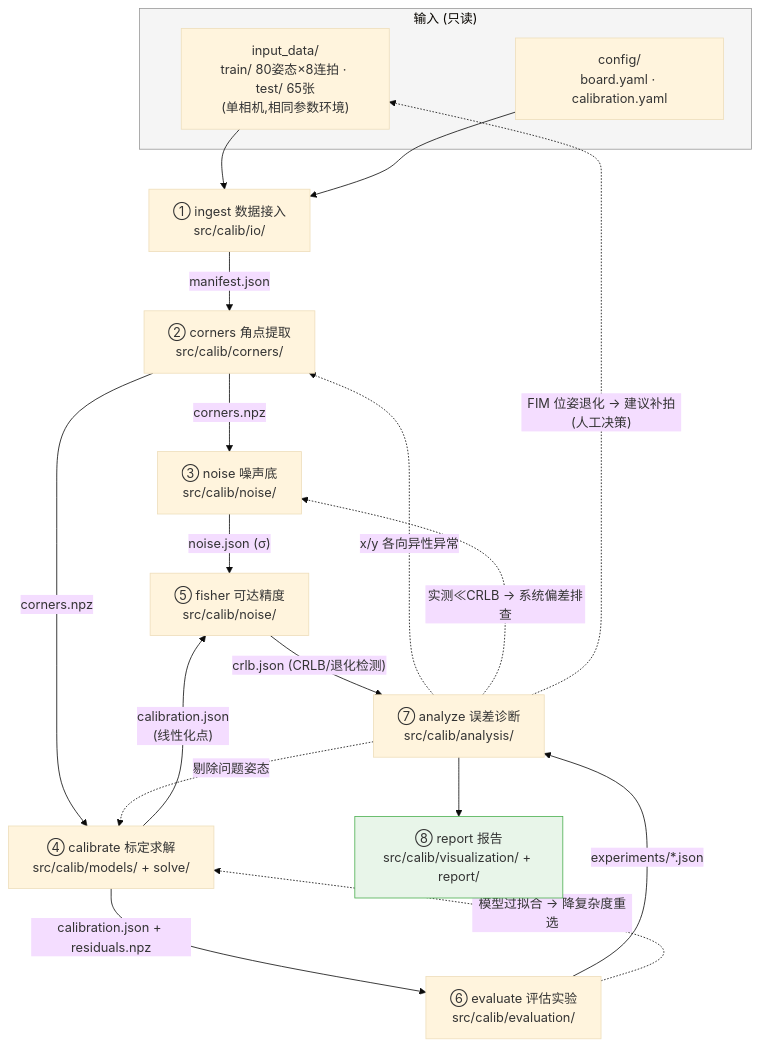
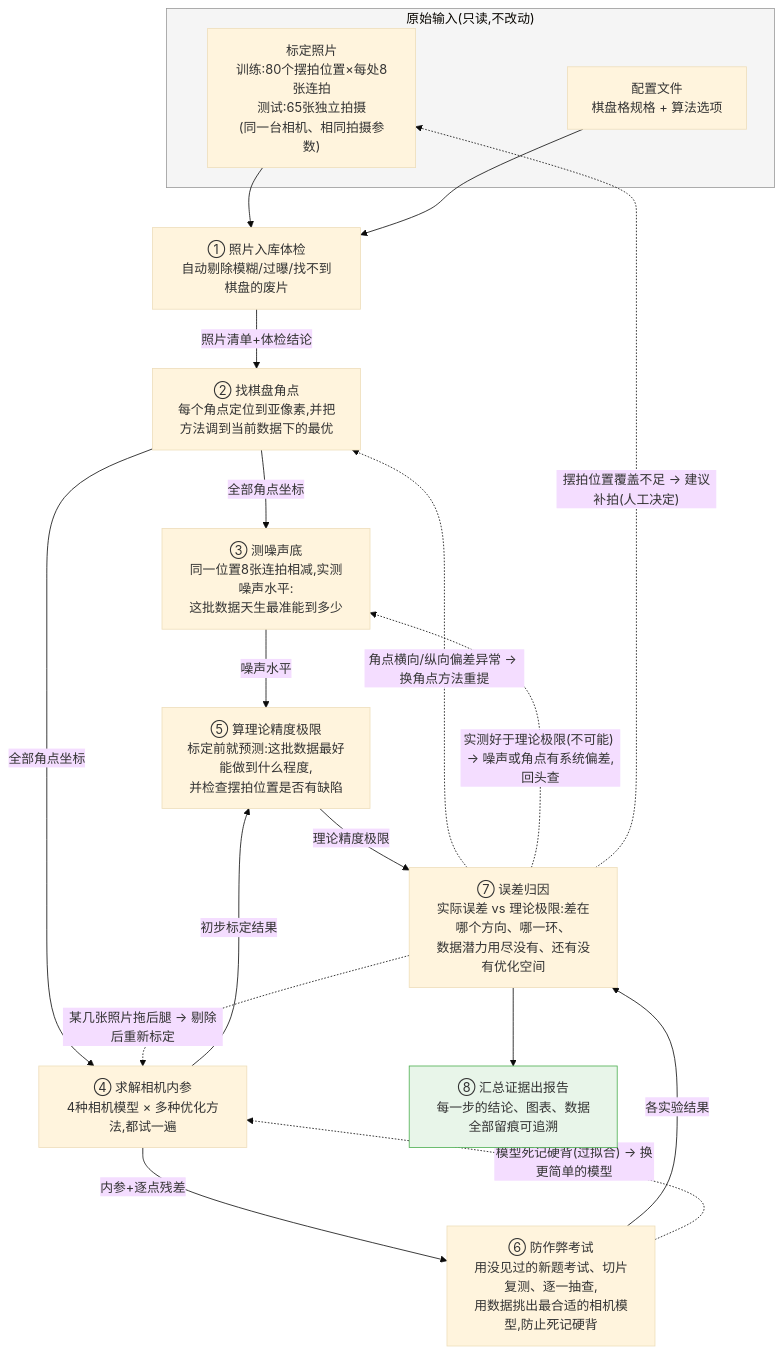
One commit to bayueyaoshao/intrinsic-calibration changed the diagram in docs/pipeline.md. Above: the diagram before and after it, drawn with Mermaid (base theme). The commit also changed other lines of this file, not shown here.

Commit message:
docs: pipeline diagram in plain language

````diff
--- a/docs/pipeline.md
+++ b/docs/pipeline.md
@@ -8,37 +8,37 @@
 ```mermaid
 flowchart TD
-    subgraph IN["输入 (只读)"]
-        DATA["input_data/<br/>train/ 80姿态×8连拍 · test/ 65张<br/>(单相机,相同参数环境)"]
-        CFG["config/<br/>board.yaml · calibration.yaml"]
+    subgraph IN["原始输入(只读,不改动)"]
+        DATA["标定照片<br/>训练:80个摆拍位置×每处8张连拍<br/>测试:65张独立拍摄<br/>(同一台相机、相同拍摄参数)"]
+        CFG["配置文件<br/>棋盘格规格 + 算法选项"]
     end
 
-    ING["① ingest 数据接入<br/>src/calib/io/"]
-    COR["② corners 角点提取<br/>src/calib/corners/"]
-    NOI["③ noise 噪声底<br/>src/calib/noise/"]
-    CAL["④ calibrate 标定求解<br/>src/calib/models/ + solve/"]
-    FSH["⑤ fisher 可达精度<br/>src/calib/noise/"]
-    EVA["⑥ evaluate 评估实验<br/>src/calib/evaluation/"]
-    ANA["⑦ analyze 误差诊断<br/>src/calib/analysis/"]
-    REP["⑧ report 报告<br/>src/calib/visualization/ + report/"]
+    ING["① 照片入库体检<br/>自动剔除模糊/过曝/找不到棋盘的废片"]
+    COR["② 找棋盘角点<br/>每个角点定位到亚像素,并把方法调到当前数据下的最优"]
+    NOI["③ 测噪声底<br/>同一位置8张连拍相减,实测噪声水平:<br/>这批数据天生最准能到多少"]
+    CAL["④ 求解相机内参<br/>4种相机模型 × 多种优化方法,都试一遍"]
+    FSH["⑤ 算理论精度极限<br/>标定前就预测:这批数据最好能做到什么程度,<br/>并检查摆拍位置是否有缺陷"]
+    EVA["⑥ 防作弊考试<br/>用没见过的新题考试、切片复测、逐一抽查,<br/>用数据挑出最合适的相机模型,防止死记硬背"]
+    ANA["⑦ 误差归因<br/>实际误差 vs 理论极限:差在哪个方向、哪一环、<br/>数据潜力用尽没有、还有没有优化空间"]
+    REP["⑧ 汇总证据出报告<br/>每一步的结论、图表、数据全部留痕可追溯"]
 
     DATA --> ING
     CFG --> ING
-    ING -->|"manifest.json"| COR
-    COR -->|"corners.npz"| NOI
-    COR -->|"corners.npz"| CAL
-    NOI -->|"noise.json (σ)"| FSH
-    CAL -->|"calibration.json<br/>(线性化点)"| FSH
-    FSH -->|"crlb.json (CRLB/退化检测)"| ANA
-    CAL -->|"calibration.json + residuals.npz"| EVA
-    EVA -->|"experiments/*.json"| ANA
+    ING -->|"照片清单+体检结论"| COR
+    COR -->|"全部角点坐标"| NOI
+    COR -->|"全部角点坐标"| CAL
+    NOI -->|"噪声水平"| FSH
+    CAL -->|"初步标定结果"| FSH
+    FSH -->|"理论精度极限"| ANA
+    CAL -->|"内参+逐点残差"| EVA
+    EVA -->|"各实验结果"| ANA
     ANA --> REP
 
-    ANA -. "剔除问题姿态" .-> CAL
-    ANA -. "x/y 各向异性异常" .-> COR
-    ANA -. "实测≪CRLB → 系统偏差排查" .-> NOI
-    EVA -. "模型过拟合 → 降复杂度重选" .-> CAL
-    ANA -. "FIM 位姿退化 → 建议补拍(人工决策)" .-> DATA
+    ANA -. "某几张照片拖后腿 → 剔除后重新标定" .-> CAL
+    ANA -. "角点横向/纵向偏差异常 → 换角点方法重提" .-> COR
+    ANA -. "实测好于理论极限(不可能) → 噪声或角点有系统偏差,回头查" .-> NOI
+    EVA -. "模型死记硬背(过拟合) → 换更简单的模型" .-> CAL
+    ANA -. "摆拍位置覆盖不足 → 建议补拍(人工决定)" .-> DATA
 
     style IN fill:#f5f5f5,stroke:#999
     style REP fill:#e8f5e9,stroke:#4caf50
 ```
````
